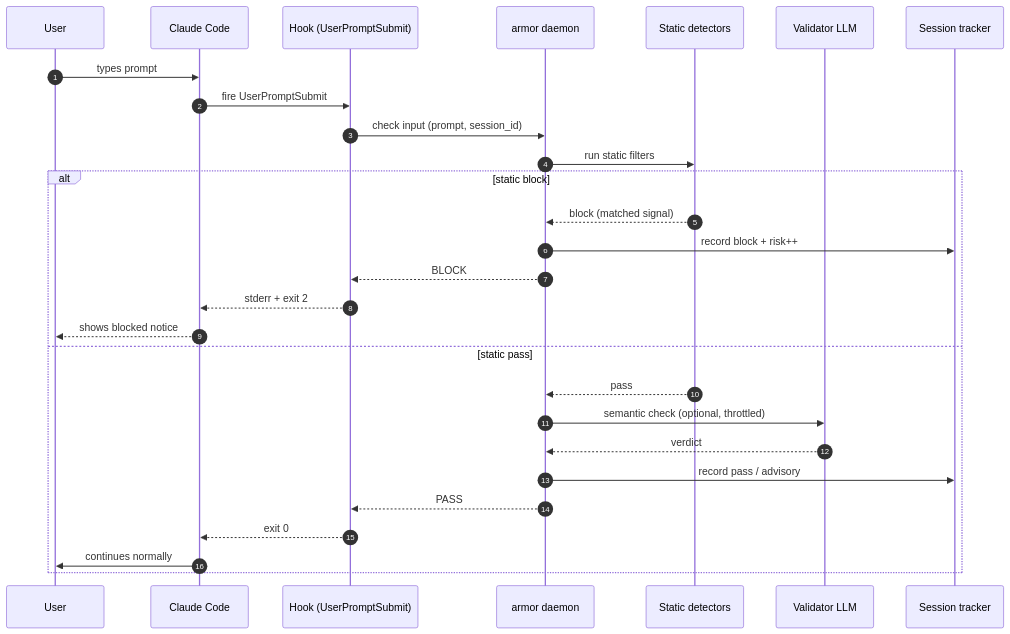
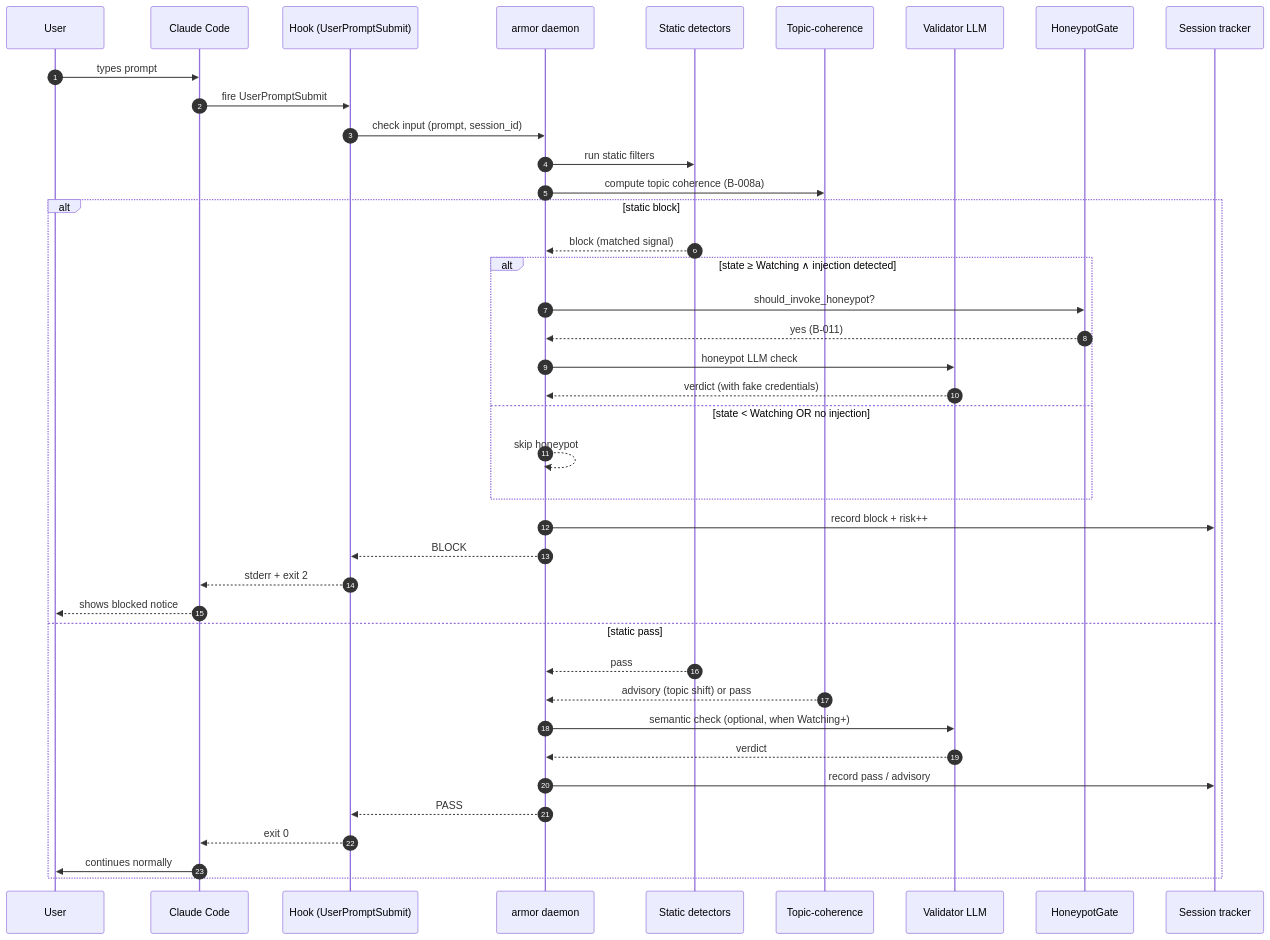
Before and after one commit to tkdtaylor/armor: the second of 5 diagrams in docs/architecture/diagrams.md, drawn with Mermaid. The commit also changed other lines of this file and 72 other files, not shown here.

````diff
--- a/docs/architecture/diagrams.md
+++ b/docs/architecture/diagrams.md
@@ -69,31 +83,43 @@
 ```mermaid
 sequenceDiagram
     autonumber
     participant U as User
     participant CC as Claude Code
     participant H as Hook (UserPromptSubmit)
     participant D as armor daemon
     participant SD as Static detectors
+    participant TC as Topic-coherence
     participant V as Validator LLM
+    participant HG as HoneypotGate
     participant S as Session tracker
 
     U->>CC: types prompt
     CC->>H: fire UserPromptSubmit
     H->>D: check input (prompt, session_id)
     D->>SD: run static filters
+    D->>TC: compute topic coherence (B-008a)
     alt static block
         SD-->>D: block (matched signal)
+        alt state ≥ Watching ∧ injection detected
+            D->>HG: should_invoke_honeypot?
+            HG-->>D: yes (B-011)
+            D->>V: honeypot LLM check
+            V-->>D: verdict (with fake credentials)
+        else state < Watching OR no injection
+            D-->>D: skip honeypot
+        end
         D->>S: record block + risk++
         D-->>H: BLOCK
         H-->>CC: stderr + exit 2
         CC-->>U: shows blocked notice
     else static pass
         SD-->>D: pass
-        D->>V: semantic check (optional, throttled)
+        TC-->>D: advisory (topic shift) or pass
+        D->>V: semantic check (optional, when Watching+)
         V-->>D: verdict
         D->>S: record pass / advisory
         D-->>H: PASS
         H-->>CC: exit 0
         CC->>U: continues normally
     end
 ```
````
